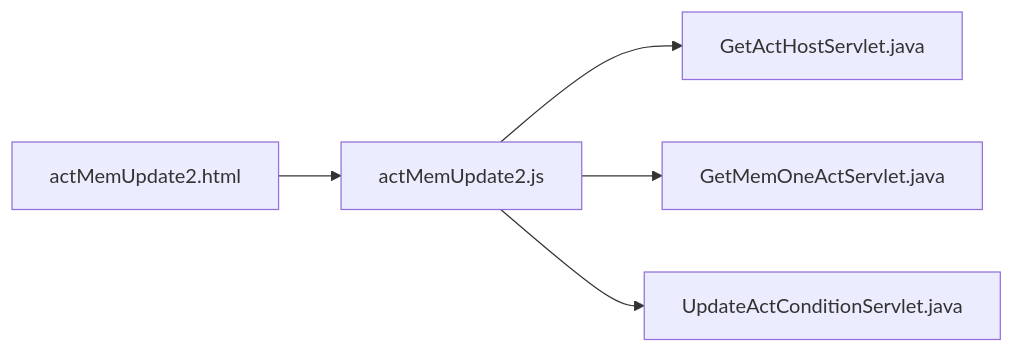
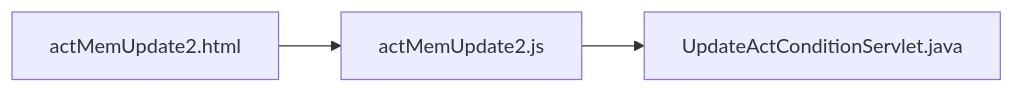
The eighth of 15 diagrams in README.md (TLexYuW/CGA103G1OwnPart), drawn with Mermaid before and after one commit. The commit also changed other lines of this file, not shown here.

````diff
--- a/README.md
+++ b/README.md
@@ -107,6 +104,4 @@
 ```mermaid
 flowchart LR
-	aMU2html[actMemUpdate2.html] --> aMU2js[actMemUpdate2.js] --> GAHS[GetActHostServlet.java]
-	aMU2js --> GMOAS[GetMemOneActServlet.java]
-	aMU2js --> UACS[UpdateActConditionServlet.java]
+	aMU2html[actMemUpdate2.html] --> aMU2js[actMemUpdate2.js] --> UACS[UpdateActConditionServlet.java]
 ```  
````
